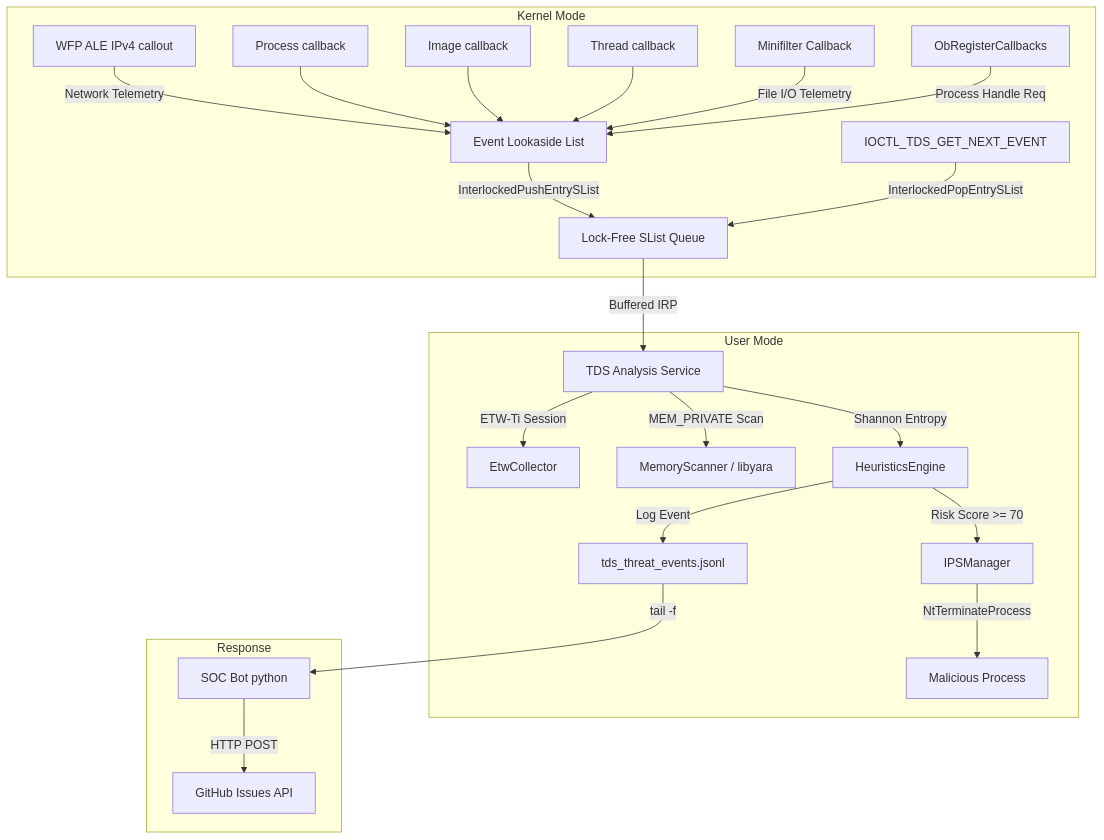
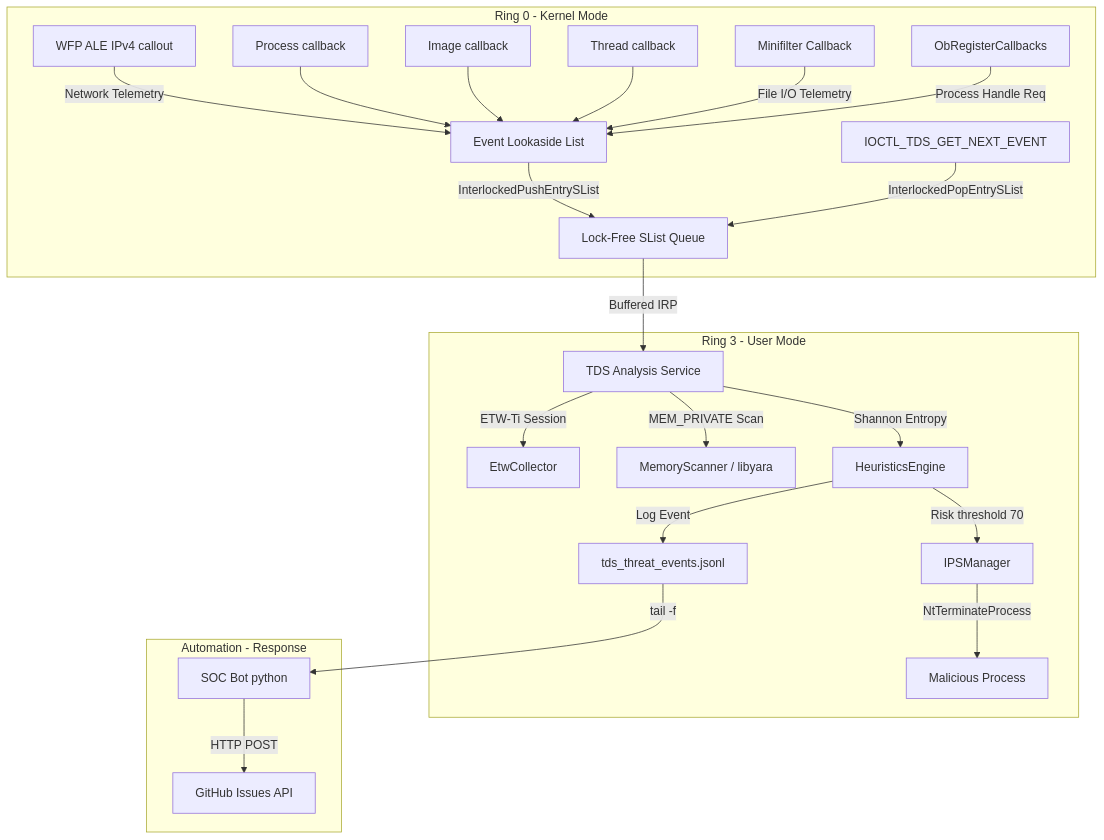
One commit to genesisgzdev/threat-detection-suite changed the diagram in README.md. Above: the diagram before and after it, drawn with Mermaid.

Commit message:
docs: make TDS Mermaid subgraphs renderable (#17)

````diff
--- a/README.md
+++ b/README.md
@@ -20,28 +20,28 @@
 ```mermaid
-graph TD;
-    subgraph Ring 0 [Kernel Mode]
+graph TD
+    subgraph KERNEL["Ring 0 - Kernel Mode"]
         WFP[WFP ALE IPv4 callout] --> |Network Telemetry| EL[Event Lookaside List];
         PROC[Process callback] --> EL;
         IMG[Image callback] --> EL;
         THR[Thread callback] --> EL;
         MF[Minifilter Callback] --> |File I/O Telemetry| EL;
         OB[ObRegisterCallbacks] --> |Process Handle Req| EL;
         EL --> |InterlockedPushEntrySList| SList[Lock-Free SList Queue];
         IOCTL[IOCTL_TDS_GET_NEXT_EVENT] --> |InterlockedPopEntrySList| SList;
     end
 
-    subgraph Ring 3 [User Mode]
+    subgraph USER["Ring 3 - User Mode"]
         SList --> |Buffered IRP| Svc[TDS Analysis Service];
         Svc --> |ETW-Ti Session| ETW[EtwCollector];
         Svc --> |MEM_PRIVATE Scan| YARA[MemoryScanner / libyara];
         Svc --> |Shannon Entropy| Heuristics[HeuristicsEngine];
-        Heuristics --> |Risk Score >= 70| IPS[IPSManager];
+        Heuristics --> |Risk threshold 70| IPS[IPSManager];
         IPS --> |NtTerminateProcess| Threat[Malicious Process];
         Heuristics --> |Log Event| Log[tds_threat_events.jsonl];
     end
     
-    subgraph Automation [Response]
+    subgraph RESPONSE["Automation - Response"]
         Log --> |tail -f| Bot[SOC Bot python];
         Bot --> |HTTP POST| GitHub[GitHub Issues API];
     end
 ```
````
